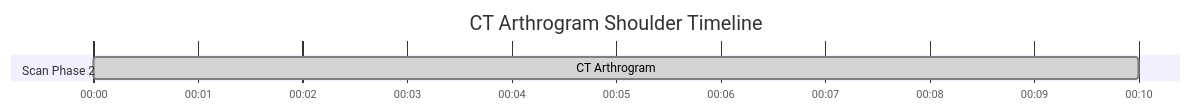
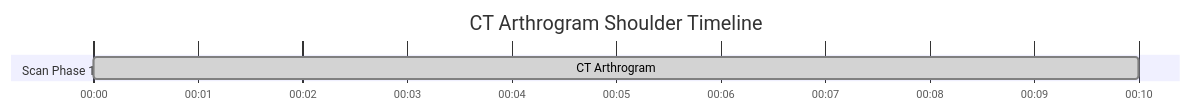
One commit to dfergs93/radiology-protocols changed the diagram in docs/ct/msk/ct-arthrogram-shoulder.md. Above: the diagram before and after it, drawn with Mermaid. The commit also changed 79 other files, not shown here.

````diff
--- a/docs/ct/msk/ct-arthrogram-shoulder.md
+++ b/docs/ct/msk/ct-arthrogram-shoulder.md
@@ -82,13 +82,13 @@
   ```mermaid
   ---
   config:
     theme: default
   ---
     gantt
       title CT Arthrogram Shoulder Timeline
       dateFormat mm:ss
       axisFormat %M:%S 
       
-      section Scan Phase 2
-      CT Arthrogram    :done, scan2, after scan1, 10s
+      section Scan Phase 1
+      CT Arthrogram    :done, scan1, after saline, 10s
   ```
````
